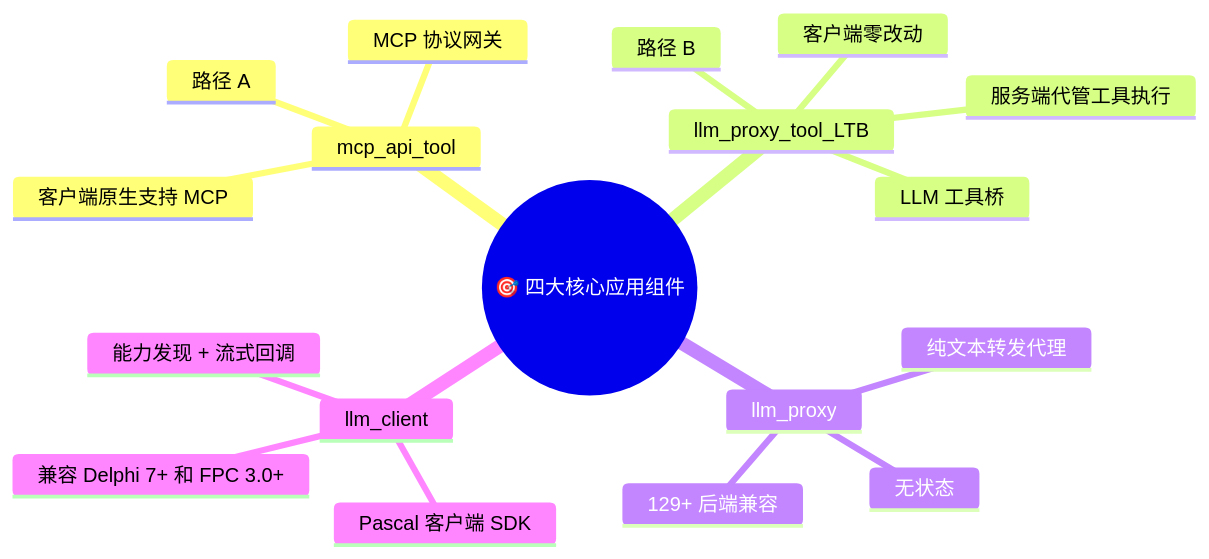
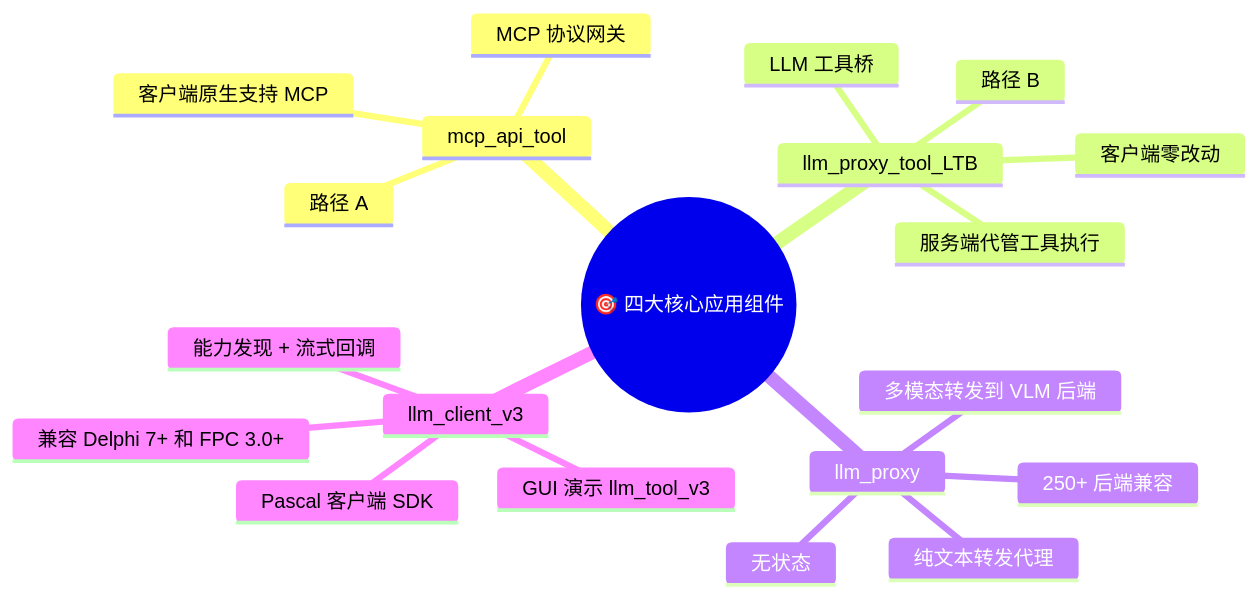
One commit to PassByYou888/LingoFuse-pasAgent-v3 changed the third of 19 diagrams in src/LingoFuse_LLM_Ecosystem_User_Guide.md. Above: the diagram before and after it, drawn with Mermaid. The commit also changed other lines of this file, not shown here.

````diff
--- a/src/LingoFuse_LLM_Ecosystem_User_Guide.md
+++ b/src/LingoFuse_LLM_Ecosystem_User_Guide.md
@@ -135,21 +141,23 @@
 ```mermaid
 mindmap
   root(("🎯 四大核心应用组件"))
     mcp_api_tool
       MCP 协议网关
       路径 A
       客户端原生支持 MCP
     llm_proxy_tool_LTB
       LLM 工具桥
       路径 B
       服务端代管工具执行
       客户端零改动
     llm_proxy
       纯文本转发代理
       无状态
-      129+ 后端兼容
-    llm_client
+      250+ 后端兼容
+      多模态转发到 VLM 后端
+    llm_client_v3
       Pascal 客户端 SDK
       兼容 Delphi 7+ 和 FPC 3.0+
       能力发现 + 流式回调
+      GUI 演示 llm_tool_v3
 ```
````
